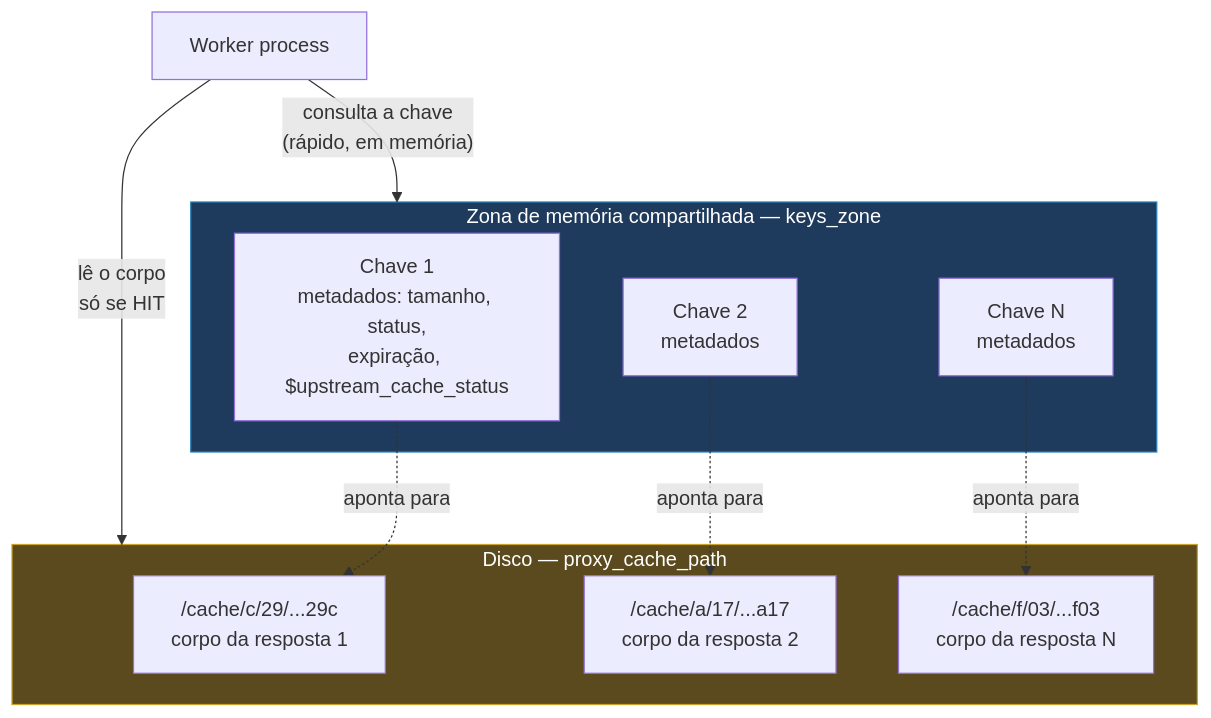
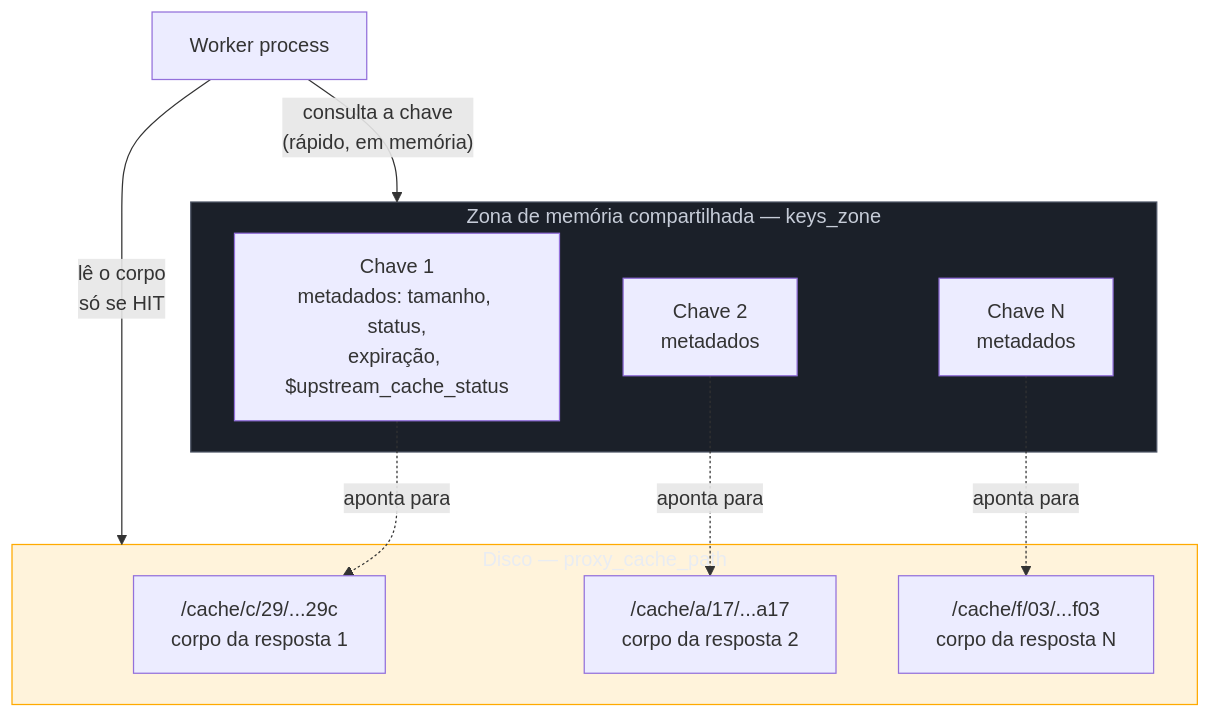
Before and after one commit to josenaldo/codex-technomanticus: the first of 3 diagrams in 03-Dominios/Tecnologia/Infraestrutura/Nginx/10 - Cache no Nginx.md, drawn with Mermaid. The commit also changed other lines of this file and 1181 other files, not shown here.

First line of the commit message:
fix(diagramas): paleta do sistema no lugar de cor cravada no markdown

````diff
--- a/03-Dominios/Tecnologia/Infraestrutura/Nginx/10 - Cache no Nginx.md
+++ b/03-Dominios/Tecnologia/Infraestrutura/Nginx/10 - Cache no Nginx.md
@@ -39,24 +39,26 @@
 ```mermaid
 graph TB
+    classDef neutro fill:#1B2029,stroke:#4E5666,color:#C6CCD8
+    classDef destaque fill:#FFAA0024,stroke:#FFAA00,color:#E9ECF2
     subgraph Memoria["Zona de memória compartilhada — keys_zone"]
         K1["Chave 1<br/>metadados: tamanho, status,<br/>expiração, $upstream_cache_status"]
         K2["Chave 2<br/>metadados"]
         K3["Chave N<br/>metadados"]
     end
 
     subgraph Disco["Disco — proxy_cache_path"]
         D1["/cache/c/29/...29c<br/>corpo da resposta 1"]
         D2["/cache/a/17/...a17<br/>corpo da resposta 2"]
         D3["/cache/f/03/...f03<br/>corpo da resposta N"]
     end
 
     K1 -.->|"aponta para"| D1
     K2 -.->|"aponta para"| D2
     K3 -.->|"aponta para"| D3
 
     W["Worker process"] -->|"consulta a chave<br/>(rápido, em memória)"| Memoria
     W -->|"lê o corpo<br/>só se HIT"| Disco
 
-    style Memoria fill:#1e3a5c,stroke:#2980b9,color:#fff
-    style Disco fill:#5a4a1e,stroke:#c9a227,color:#fff
+    class Memoria neutro
+    class Disco destaque
 ```
````
